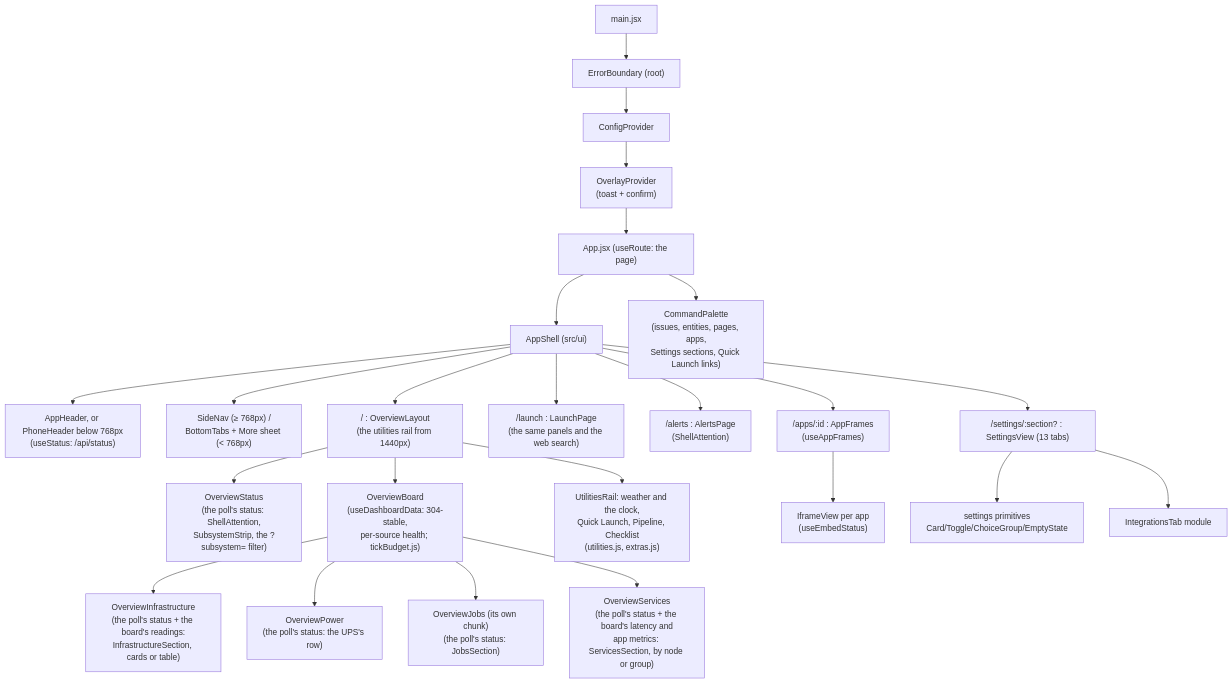
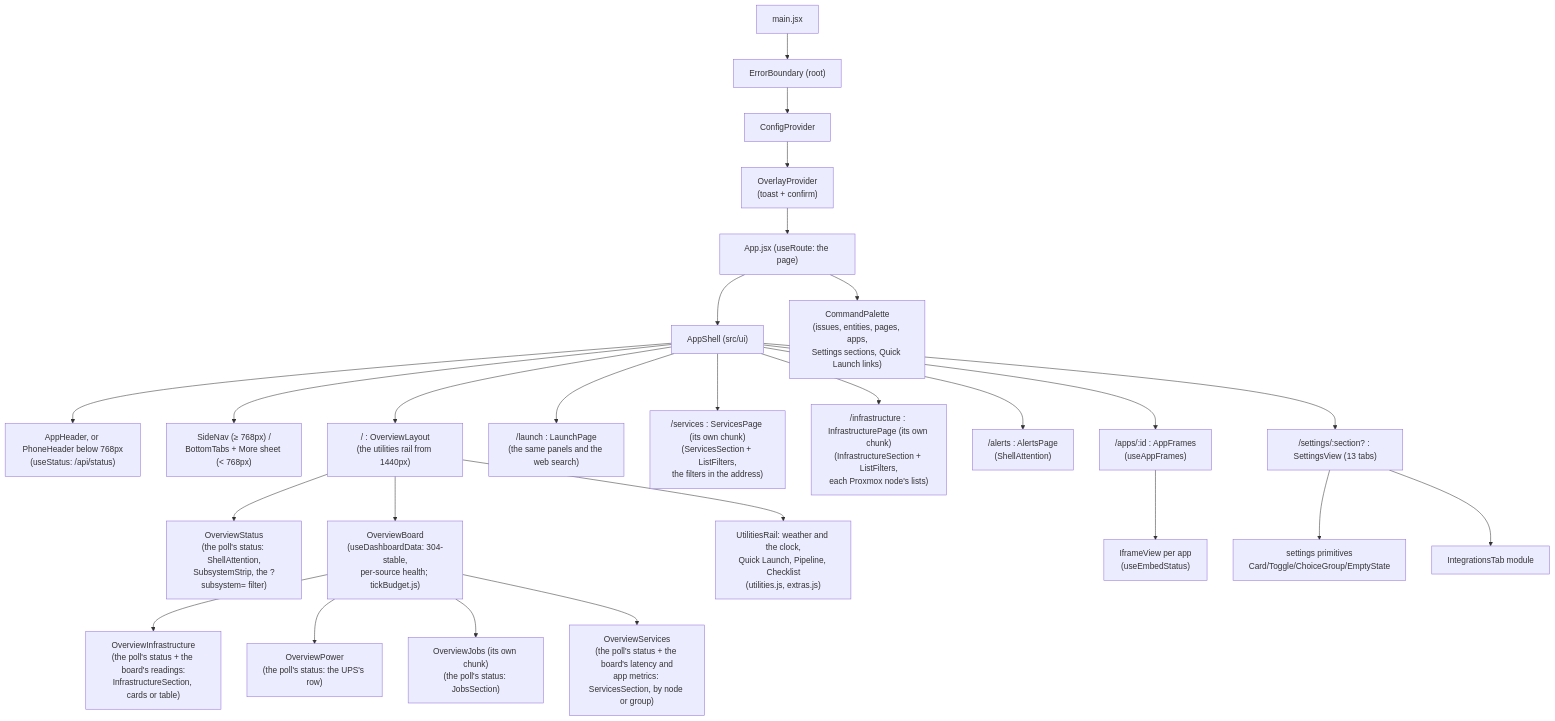
Before and after one commit to jagbhandal/jaghelm: the fourth of 5 diagrams in docs/ARCHITECTURE.md, drawn with Mermaid. The commit also changed other lines of this file and 68 other files, not shown here.

First line of the commit message:
feat(pages): the Services and Infrastructure pages, from 768px (#313)

````diff
--- a/docs/ARCHITECTURE.md
+++ b/docs/ARCHITECTURE.md
@@ -2202,26 +2209,28 @@
 ```mermaid
 flowchart TD
   MAIN["main.jsx"] --> EB["ErrorBoundary (root)"]
   EB --> CP["ConfigProvider"]
   CP --> OP["OverlayProvider<br/>(toast + confirm)"]
   OP --> APP["App.jsx (useRoute: the page)"]
   APP --> SH["AppShell (src/ui)"]
   SH --> HD["AppHeader, or PhoneHeader below 768px<br/>(useStatus: /api/status)"]
   SH --> SN["SideNav (≥ 768px) /<br/>BottomTabs + More sheet (< 768px)"]
   APP --> CPAL["CommandPalette<br/>(issues, entities, pages, apps,<br/>Settings sections, Quick Launch links)"]
   SH --> OL["/ : OverviewLayout<br/>(the utilities rail from 1440px)"]
   OL --> OS["OverviewStatus<br/>(the poll's status: ShellAttention,<br/>SubsystemStrip, the ?subsystem= filter)"]
   OL --> DV["OverviewBoard<br/>(useDashboardData: 304-stable,<br/>per-source health; tickBudget.js)"]
   OL --> UR["UtilitiesRail: weather and the clock,<br/>Quick Launch, Pipeline, Checklist<br/>(utilities.js, extras.js)"]
   SH --> LP["/launch : LaunchPage<br/>(the same panels and the web search)"]
   DV --> OI["OverviewInfrastructure<br/>(the poll's status + the board's readings:<br/>InfrastructureSection, cards or table)"]
   DV --> OPW["OverviewPower<br/>(the poll's status: the UPS's row)"]
   DV --> OJ["OverviewJobs (its own chunk)<br/>(the poll's status: JobsSection)"]
   DV --> OSV["OverviewServices<br/>(the poll's status + the board's latency and<br/>app metrics: ServicesSection, by node or group)"]
+  SH --> SPG["/services : ServicesPage (its own chunk)<br/>(ServicesSection + ListFilters,<br/>the filters in the address)"]
+  SH --> IPG["/infrastructure : InfrastructurePage (its own chunk)<br/>(InfrastructureSection + ListFilters,<br/>each Proxmox node's lists)"]
   SH --> AP["/alerts : AlertsPage<br/>(ShellAttention)"]
   SH --> SV["/settings/:section? : SettingsView (13 tabs)"]
   SH --> AF["/apps/:id : AppFrames<br/>(useAppFrames)"]
   AF --> IV["IframeView per app<br/>(useEmbedStatus)"]
   SV --> PRIM["settings primitives<br/>Card/Toggle/ChoiceGroup/EmptyState"]
   SV --> ITAB["IntegrationsTab module"]
 ```
````
